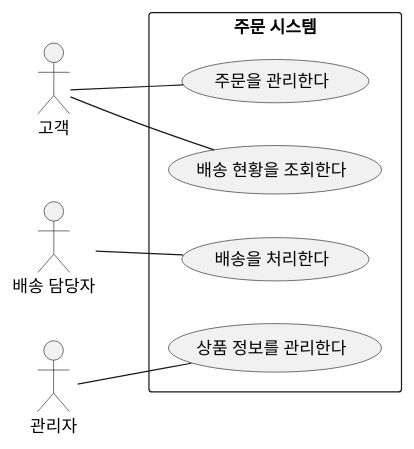
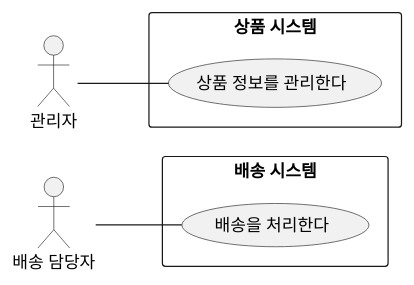
The seventh of 19 diagrams in courses/ooad/sessions/s02.md (YoungSan77/TrainingMaterials), drawn with PlantUML before and after one commit. The commit also changed other lines of this file and 11 other files, not shown here.

````diff
--- a/courses/ooad/sessions/s02.md
+++ b/courses/ooad/sessions/s02.md
@@ -657,18 +730,15 @@
 ```plantuml:usecase
 @startuml
 left to right direction
-actor "고객" as Customer
 actor "배송 담당자" as Courier
 actor "관리자" as Admin
-rectangle "주문 시스템" {
-  usecase "주문을 관리한다" as ManageOrder
-  usecase "배송 현황을 조회한다" as TrackDelivery
+rectangle "배송 시스템" {
   usecase "배송을 처리한다" as HandleDelivery
+}
+rectangle "상품 시스템" {
   usecase "상품 정보를 관리한다" as ManageProduct
 }
-Customer -- ManageOrder
-Customer -- TrackDelivery
 Courier -- HandleDelivery
 Admin -- ManageProduct
 @enduml
 ```
````
